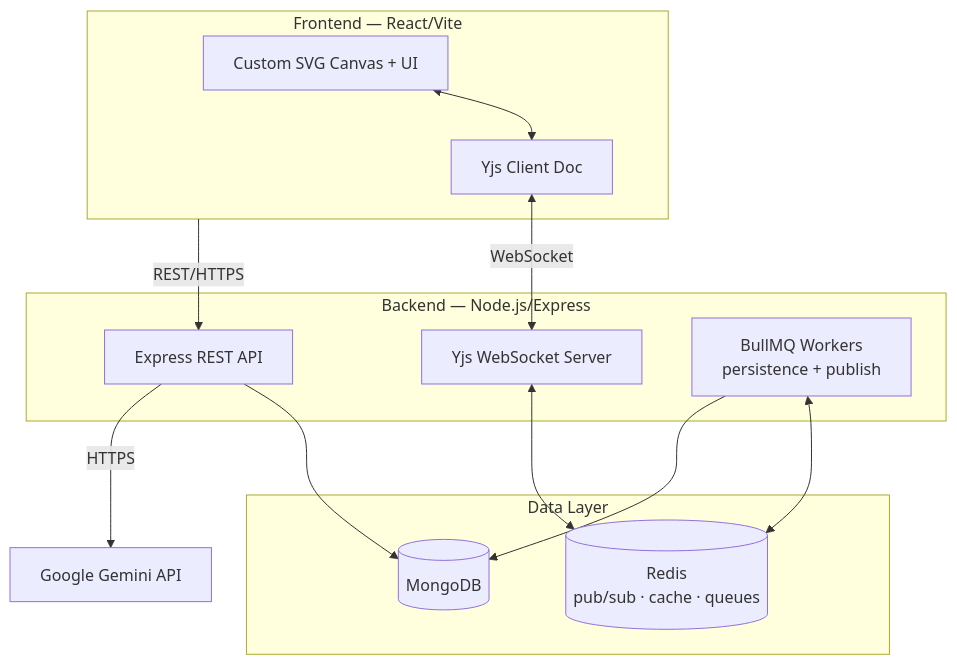
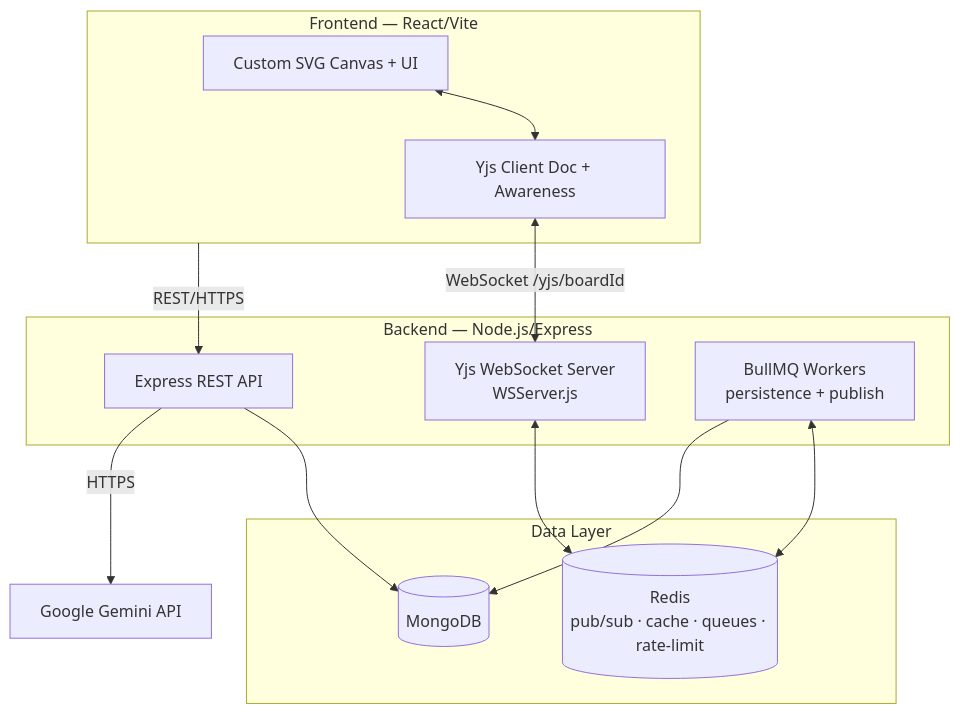
Before and after one commit to Arghadeep78/collaborative-realtime-workspace: the diagram in README.md, drawn with Mermaid. The commit also changed other lines of this file and 11 other files, not shown here.

Commit message:
feat: enhance backend README with detailed architecture and features

````diff
--- a/README.md
+++ b/README.md
@@ -50,29 +51,29 @@
 ```mermaid
 graph TD
     subgraph Client [Frontend — React/Vite]
         UI[Custom SVG Canvas + UI]
-        YjsClient[Yjs Client Doc]
+        YjsClient[Yjs Client Doc + Awareness]
         UI <--> YjsClient
     end
 
     subgraph Server [Backend — Node.js/Express]
         API[Express REST API]
-        YjsServer[Yjs WebSocket Server]
+        YjsServer[Yjs WebSocket Server<br/>WSServer.js]
         Workers[BullMQ Workers<br/>persistence + publish]
     end
 
     subgraph Data [Data Layer]
         MongoDB[(MongoDB)]
-        Redis[(Redis<br/>pub/sub · cache · queues)]
+        Redis[(Redis<br/>pub/sub · cache · queues · rate-limit)]
     end
 
     Gemini[Google Gemini API]
 
     Client -- REST/HTTPS --> API
-    YjsClient <-- WebSocket --> YjsServer
+    YjsClient <-- WebSocket /yjs/boardId --> YjsServer
     API --> MongoDB
     YjsServer <--> Redis
     Workers <--> Redis
     Workers --> MongoDB
     API -- HTTPS --> Gemini
 ```
````
